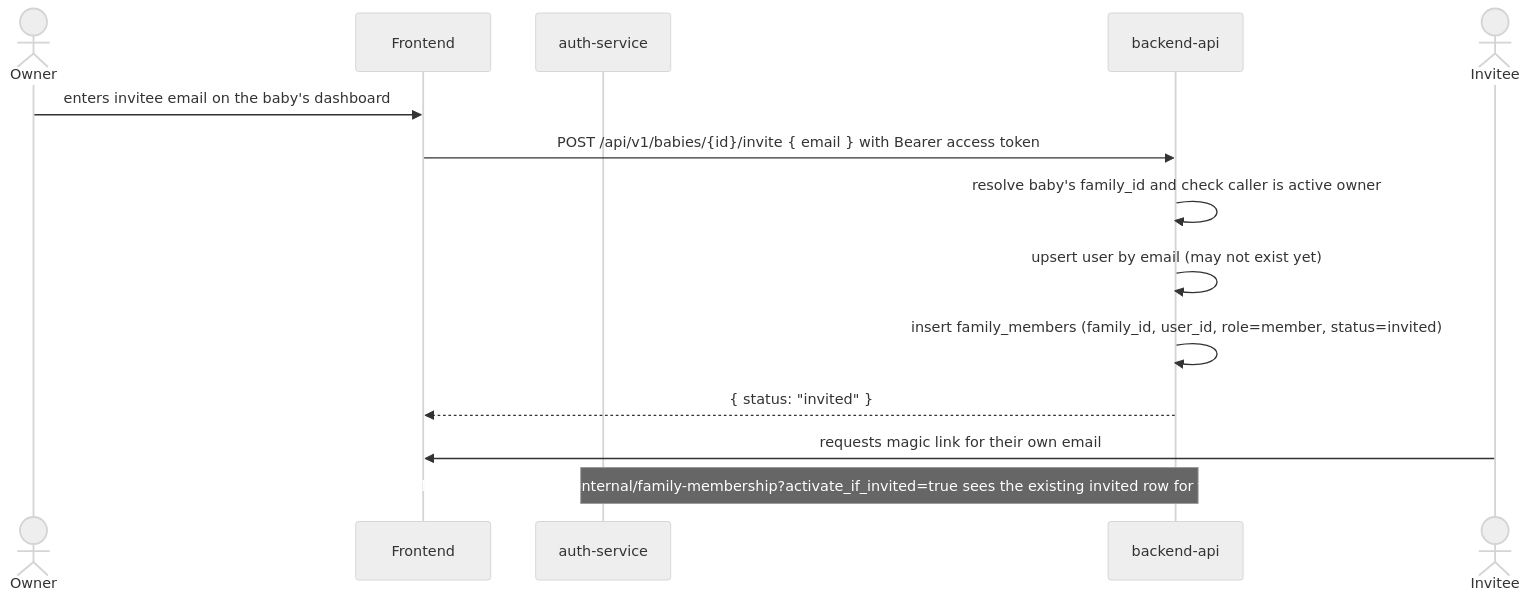
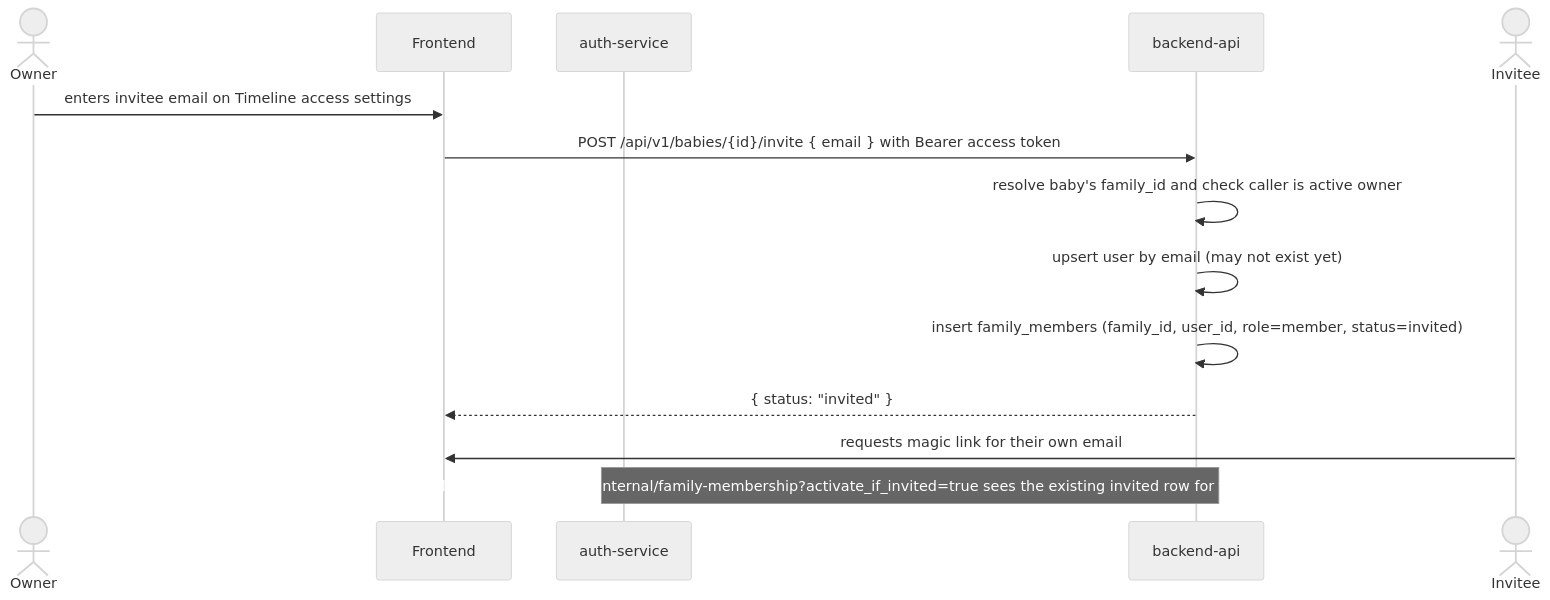
Before and after one commit to andreistefanciprian/yauyau: the third of 4 diagrams in docs/auth-magic-link.md, drawn with Mermaid (neutral theme). The commit also changed other lines of this file and 17 other files, not shown here.

Commit message:
Allow removing active timeline members

````diff
--- a/docs/auth-magic-link.md
+++ b/docs/auth-magic-link.md
@@ -202,18 +202,18 @@
 ```mermaid
 sequenceDiagram
     actor Owner
     participant Frontend
     participant Auth as auth-service
     participant Backend as backend-api
     actor Invitee
 
-    Owner->>Frontend: enters invitee email on the baby's dashboard
+    Owner->>Frontend: enters invitee email on Timeline access settings
     Frontend->>Backend: POST /api/v1/babies/{id}/invite { email } with Bearer access token
     Backend->>Backend: resolve baby's family_id and check caller is active owner
     Backend->>Backend: upsert user by email (may not exist yet)
     Backend->>Backend: insert family_members (family_id, user_id, role=member, status=invited)
     Backend-->>Frontend: { status: "invited" }
 
     Invitee->>Frontend: requests magic link for their own email
     Note over Auth,Backend: verify flow as above — GET /internal/family-membership?activate_if_invited=true sees the existing invited row for this user and flips it to active
 ```
````
